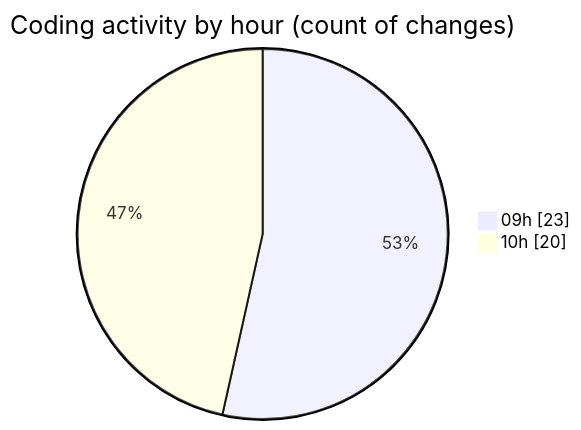
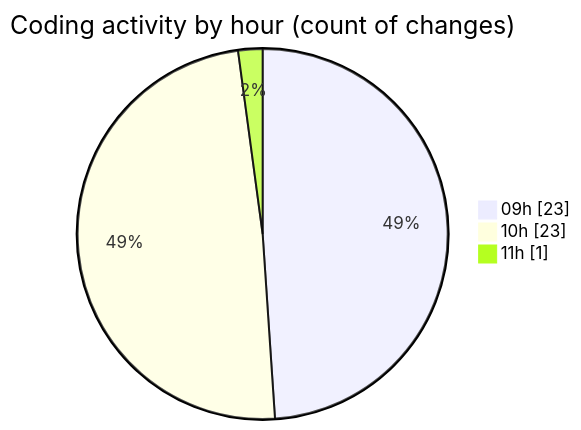
Before and after one commit to momahboobian/code-tracking: the second of 2 diagrams in 2025-12-04/cda/README.md, drawn with Mermaid. The commit also changed other lines of this file and 1 other file, not shown here.

````diff
--- a/2025-12-04/cda/README.md
+++ b/2025-12-04/cda/README.md
@@ -30,6 +30,7 @@
 ```mermaid
 pie showData
 title Coding activity by hour (count of changes)
 "09h" : 23
-"10h" : 20
+"10h" : 23
+"11h" : 1
 ```
````
